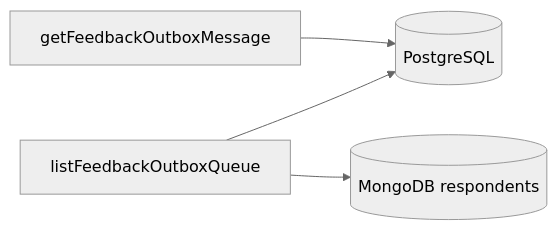
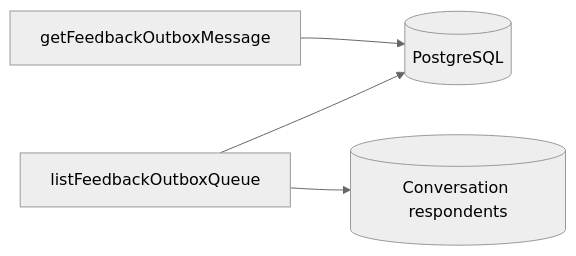
The diagram in docs/frontend/feedback-outbound-queue.md (johnakisk0700/slopform), drawn with Mermaid (neutral theme) before and after one commit. The commit also changed other lines of this file and 115 other files, not shown here.

````diff
--- a/docs/frontend/feedback-outbound-queue.md
+++ b/docs/frontend/feedback-outbound-queue.md
@@ -59,6 +60,6 @@
 ```mermaid
 flowchart LR
   list["listFeedbackOutboxQueue"] --> pg[(PostgreSQL)]
-  list --> mongo[(MongoDB respondents)]
+  list --> respondents[(Conversation respondents)]
   row["getFeedbackOutboxMessage"] --> pg
 ```
````
